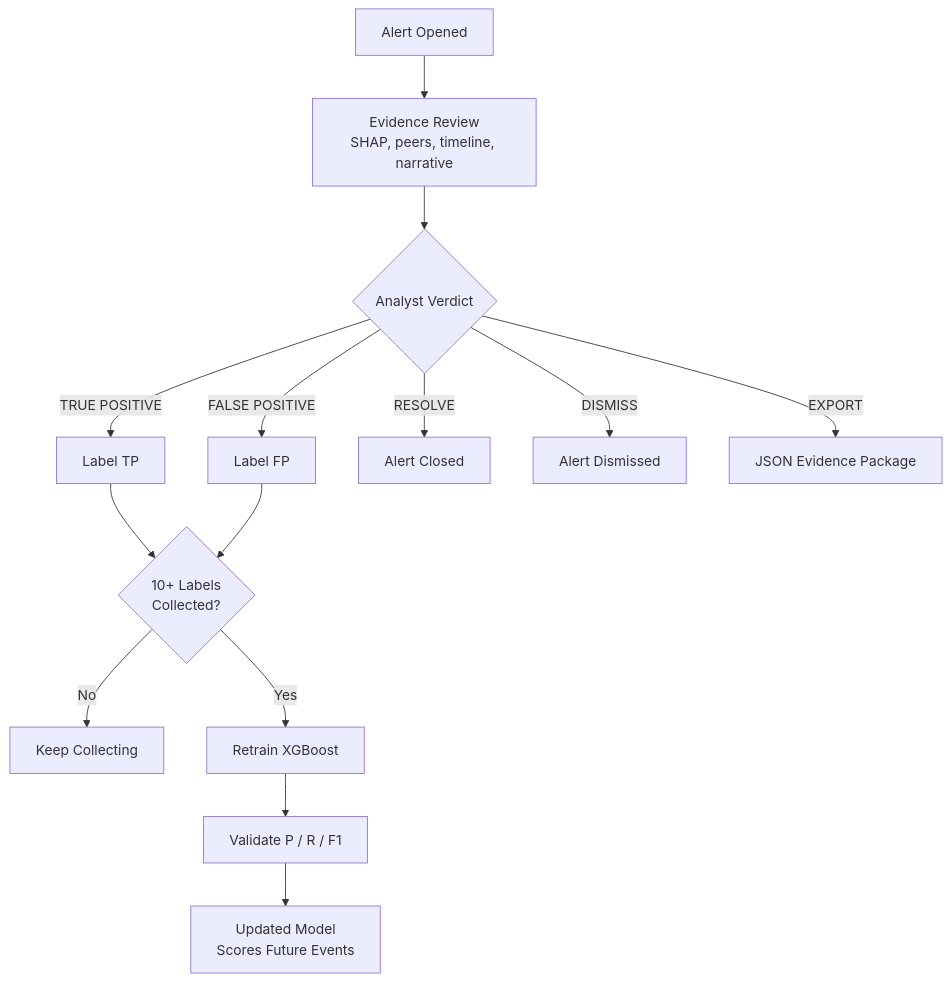
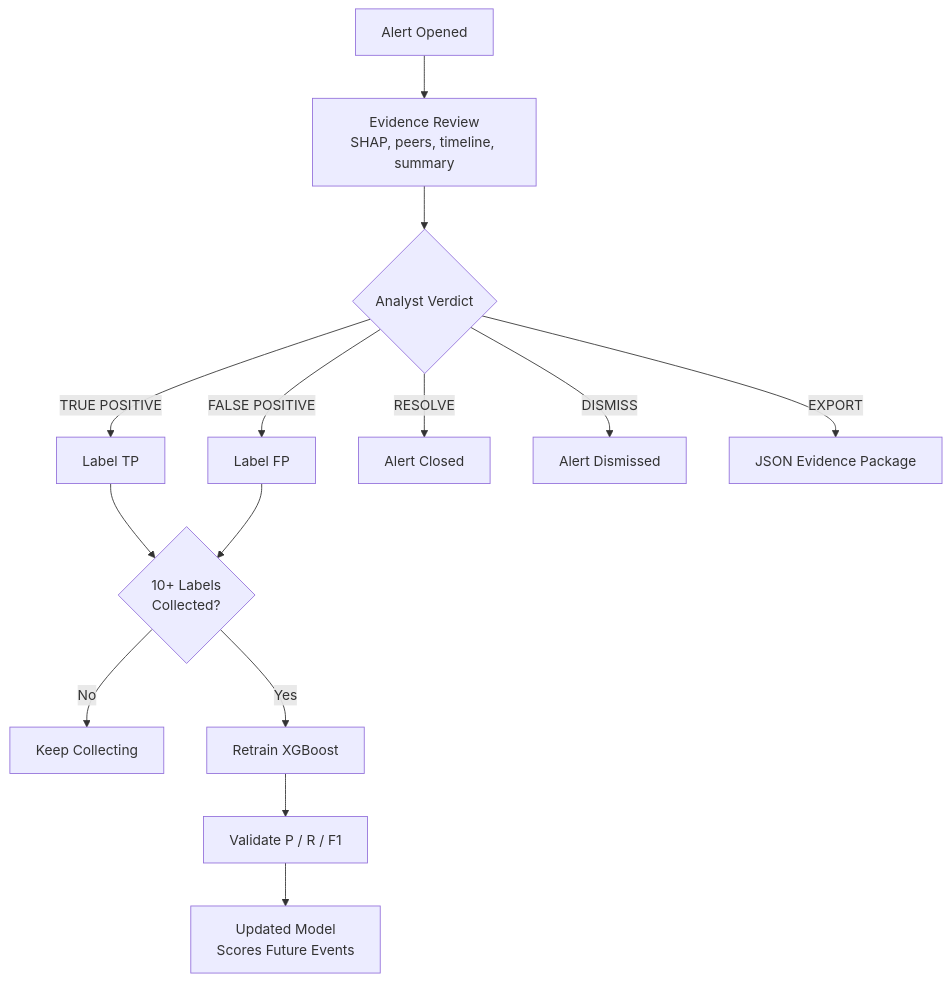
Before and after one commit to TeamSigmoidIdea20/sentineliq: the third of 4 diagrams in README.md, drawn with Mermaid. The commit also changed other lines of this file, not shown here.

Commit message:
Rewrite README in a plainer style and add a short idea summary

````diff
--- a/README.md
+++ b/README.md
@@ -193,16 +140,16 @@
 ```mermaid
 flowchart TD
-    A[Alert Opened] --> B[Evidence Review<br/>SHAP, peers, timeline, narrative]
+    A[Alert Opened] --> B[Evidence Review<br/>SHAP, peers, timeline, summary]
     B --> C{Analyst Verdict}
     C -->|TRUE POSITIVE| D[Label TP]
     C -->|FALSE POSITIVE| E[Label FP]
     C -->|RESOLVE| F[Alert Closed]
     C -->|DISMISS| G[Alert Dismissed]
     C -->|EXPORT| H[JSON Evidence Package]
     D --> I{10+ Labels<br/>Collected?}
     E --> I
     I -->|No| J[Keep Collecting]
     I -->|Yes| K[Retrain XGBoost]
     K --> L[Validate P / R / F1]
     L --> M[Updated Model<br/>Scores Future Events]
 ```
````
